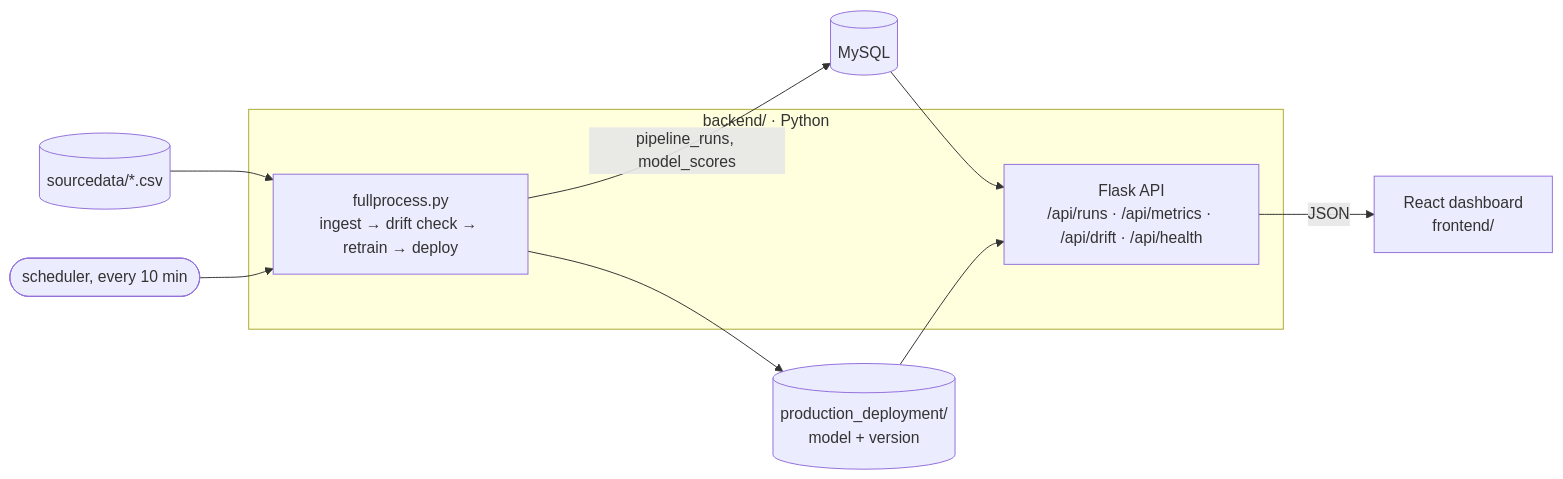
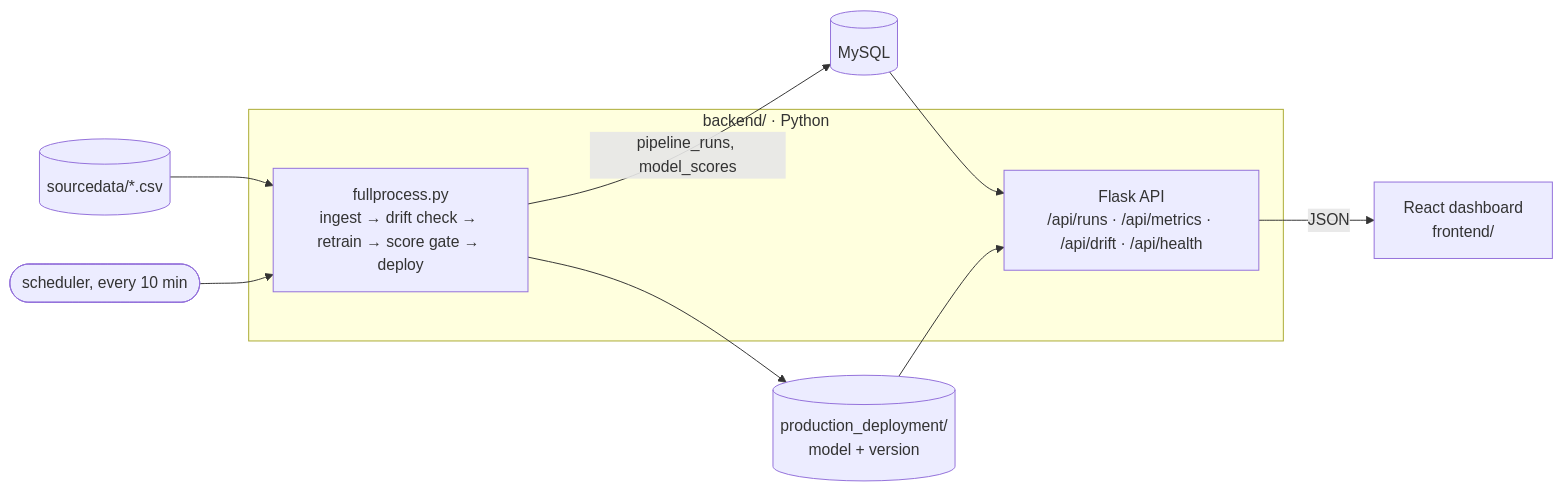
The diagram in README.md (MilosCocic1/cd0583-project-starter-file), drawn with Mermaid before and after one commit. The commit also changed other lines of this file and 5 other files, not shown here.

````diff
--- a/README.md
+++ b/README.md
@@ -25,16 +26,16 @@
 ```mermaid
 flowchart LR
     src[(sourcedata/*.csv)] --> pipe
 
     subgraph backend [backend/ · Python]
-        pipe["fullprocess.py<br/>ingest → drift check → retrain → deploy"]
+        pipe["fullprocess.py<br/>ingest → drift check → retrain → score gate → deploy"]
         api["Flask API<br/>/api/runs · /api/metrics · /api/drift · /api/health"]
     end
 
     cron([scheduler, every 10 min]) --> pipe
     pipe -- pipeline_runs, model_scores --> db[(MySQL)]
     pipe --> prod[(production_deployment/<br/>model + version)]
     db --> api
     prod --> api
     api -- JSON --> ui["React dashboard<br/>frontend/"]
 ```
````
